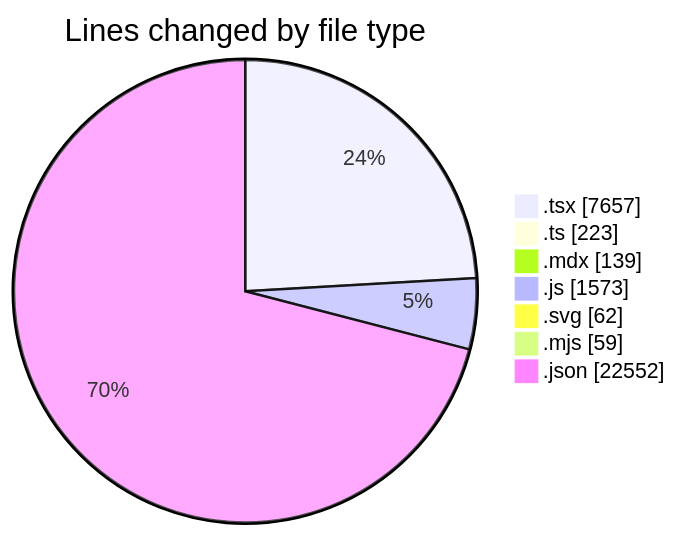
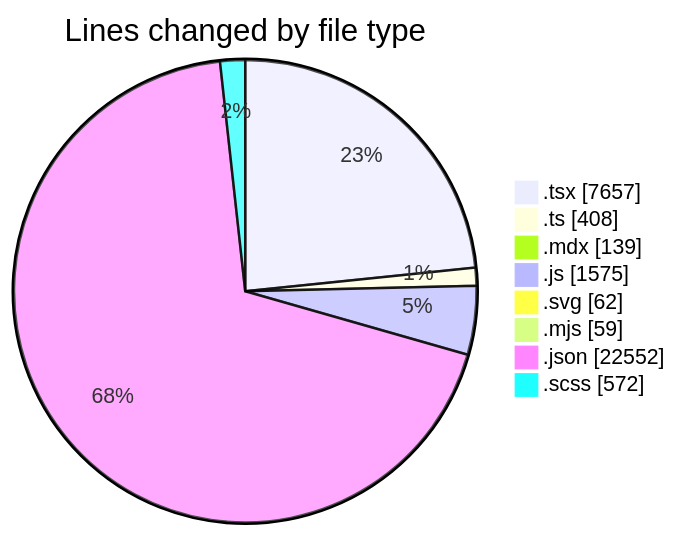
The first of 2 diagrams in 2025-05-10/elitesun/README.md (Elitesun/code-tracking), drawn with Mermaid before and after one commit. The commit also changed other lines of this file and 1 other file, not shown here.

````diff
--- a/2025-05-10/elitesun/README.md
+++ b/2025-05-10/elitesun/README.md
@@ -45,11 +47,12 @@
 ```mermaid
 pie showData
 title Lines changed by file type
 ".tsx" : 7657
-".ts" : 223
+".ts" : 408
 ".mdx" : 139
-".js" : 1573
+".js" : 1575
 ".svg" : 62
 ".mjs" : 59
 ".json" : 22552
+".scss" : 572
 ```
````
